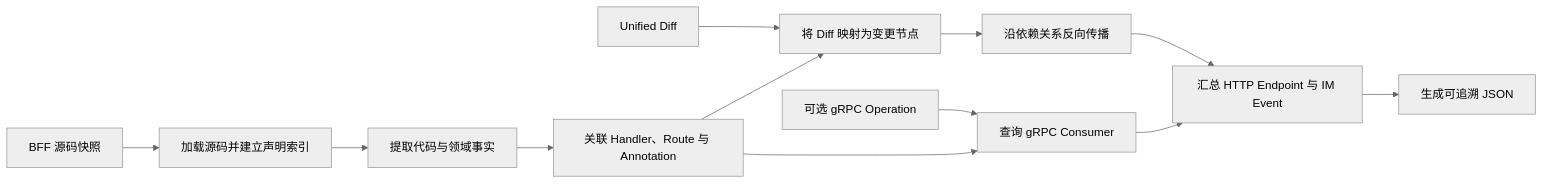
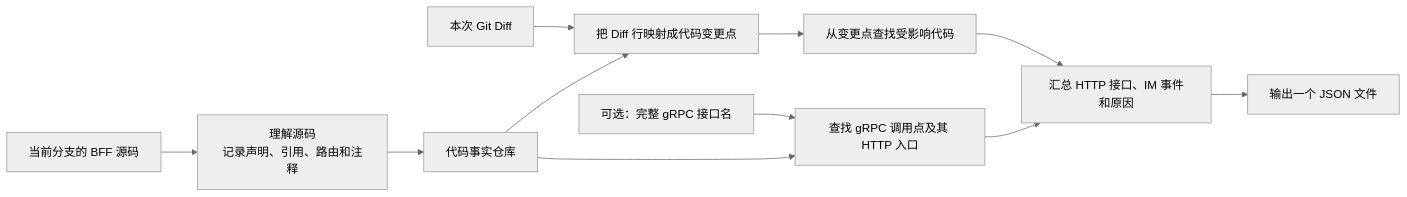
Before and after one commit to Flying-Bird1999/go-analyzer: the fourth of 15 diagrams in TECH-DESIGN-impact-analysis.md, drawn with Mermaid (neutral theme). The commit also changed other lines of this file, not shown here.

````diff
--- a/TECH-DESIGN-impact-analysis.md
+++ b/TECH-DESIGN-impact-analysis.md
@@ -208,23 +278,21 @@
 ```mermaid
 flowchart LR
-    SOURCE["BFF 源码快照"]
-    DIFF["Unified Diff"]
-    GRPC["可选 gRPC Operation"]
+    SOURCE["当前分支的 BFF 源码"]
+    DIFF["本次 Git Diff"]
+    RPC["可选：完整 gRPC 接口名"]
 
-    LOAD["加载源码并建立声明索引"]
-    EXTRACT["提取代码与领域事实"]
-    LINK["关联 Handler、Route 与 Annotation"]
-    CHANGE["将 Diff 映射为变更节点"]
-    PROPAGATE["沿依赖关系反向传播"]
-    QUERY["查询 gRPC Consumer"]
-    ENDPOINT["汇总 HTTP Endpoint 与 IM Event"]
-    OUTPUT["生成可追溯 JSON"]
+    UNDERSTAND["理解源码<br/>记录声明、引用、路由和注释"]
+    STORE["代码事实仓库"]
+    MAP["把 Diff 行映射成代码变更点"]
+    WALK["从变更点查找受影响代码"]
+    RPCQUERY["查找 gRPC 调用点及其 HTTP 入口"]
+    RESULT["汇总 HTTP 接口、IM 事件和原因"]
+    JSON["输出一个 JSON 文件"]
 
-    SOURCE --> LOAD --> EXTRACT --> LINK
-    DIFF --> CHANGE
-    LINK --> CHANGE
-    CHANGE --> PROPAGATE --> ENDPOINT
-    GRPC --> QUERY
-    LINK --> QUERY --> ENDPOINT
-    ENDPOINT --> OUTPUT
+    SOURCE --> UNDERSTAND --> STORE
+    DIFF --> MAP
+    STORE --> MAP --> WALK --> RESULT
+    RPC --> RPCQUERY
+    STORE --> RPCQUERY --> RESULT
+    RESULT --> JSON
 ```
````
